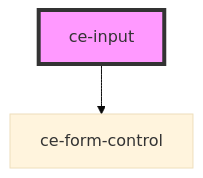
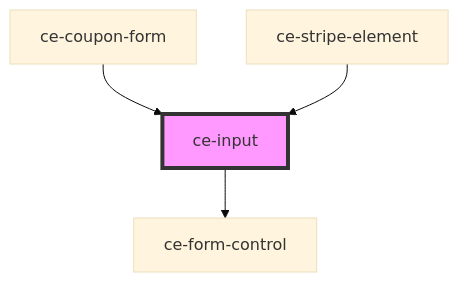
The diagram in packages/components/src/components/ui/input/readme.md (surecart/surecart-wp-plugin), drawn with Mermaid (base theme) before and after one commit. The commit also changed other lines of this file and 70 other files, not shown here.

````diff
--- a/packages/components/src/components/ui/input/readme.md
+++ b/packages/components/src/components/ui/input/readme.md
@@ -87,5 +113,7 @@
 ```mermaid
 graph TD;
   ce-input --> ce-form-control
+  ce-coupon-form --> ce-input
+  ce-stripe-element --> ce-input
   style ce-input fill:#f9f,stroke:#333,stroke-width:4px
 ```
````
